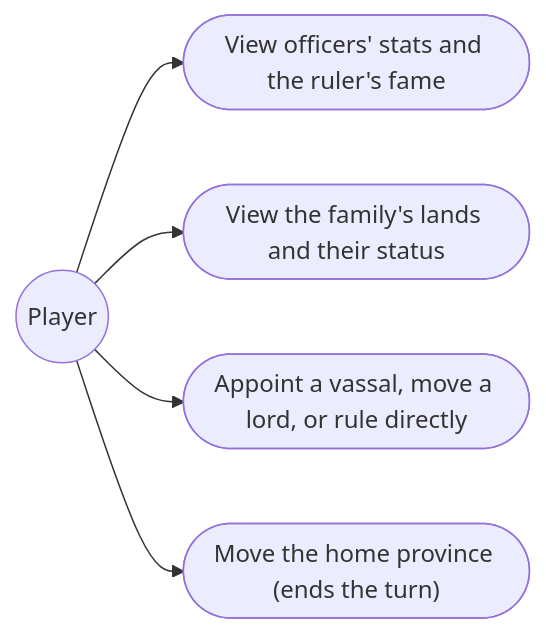
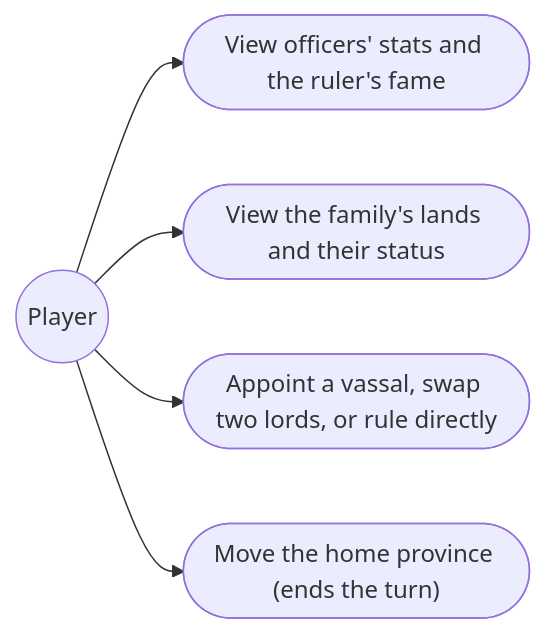
The first of 3 diagrams in gemstorm/docs/design/04-generals-and-lords.md (pslotinsky/kunstkamera), drawn with Mermaid before and after one commit. The commit also changed other lines of this file and 19 other files, not shown here.

````diff
--- a/gemstorm/docs/design/04-generals-and-lords.md
+++ b/gemstorm/docs/design/04-generals-and-lords.md
@@ -31,8 +31,8 @@
 ```mermaid
 flowchart LR
   player((Player))
   player --> uc1(["View officers' stats and the ruler's fame"])
   player --> uc2(["View the family's lands and their status"])
-  player --> uc3(["Appoint a vassal, move a lord, or rule directly"])
+  player --> uc3(["Appoint a vassal, swap two lords, or rule directly"])
   player --> uc4(["Move the home province (ends the turn)"])
 ```
````
